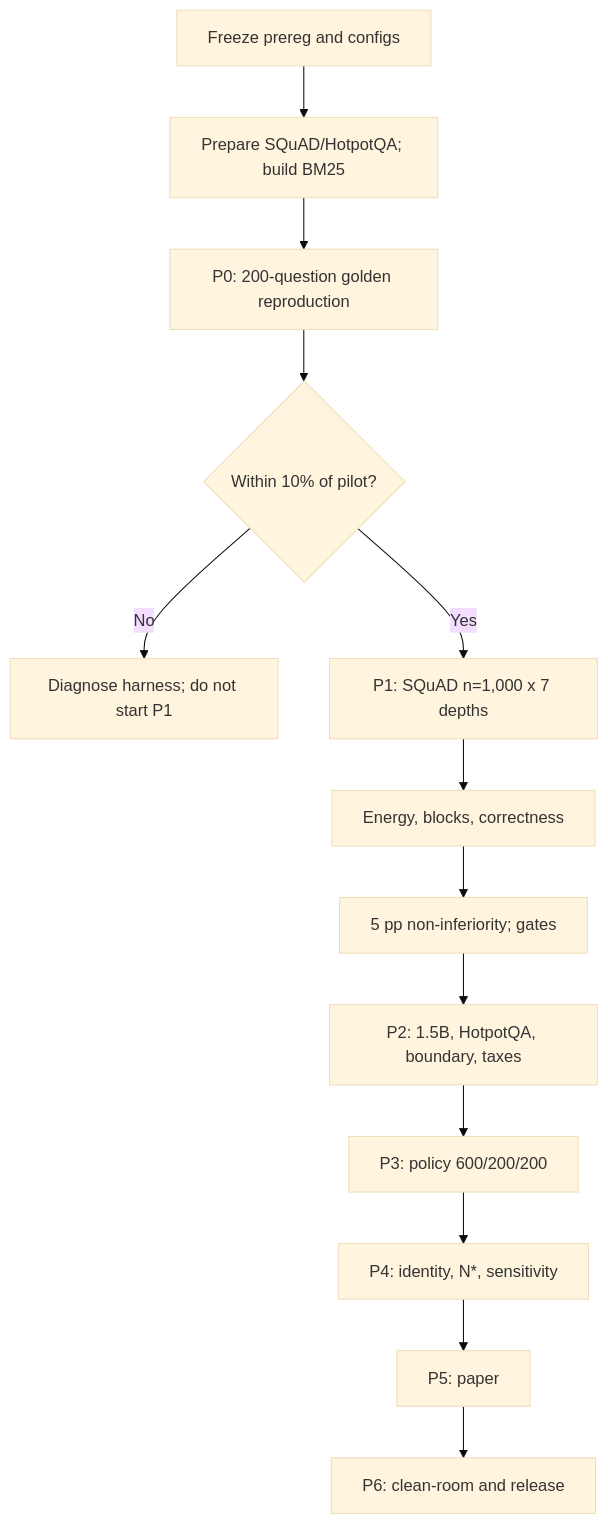
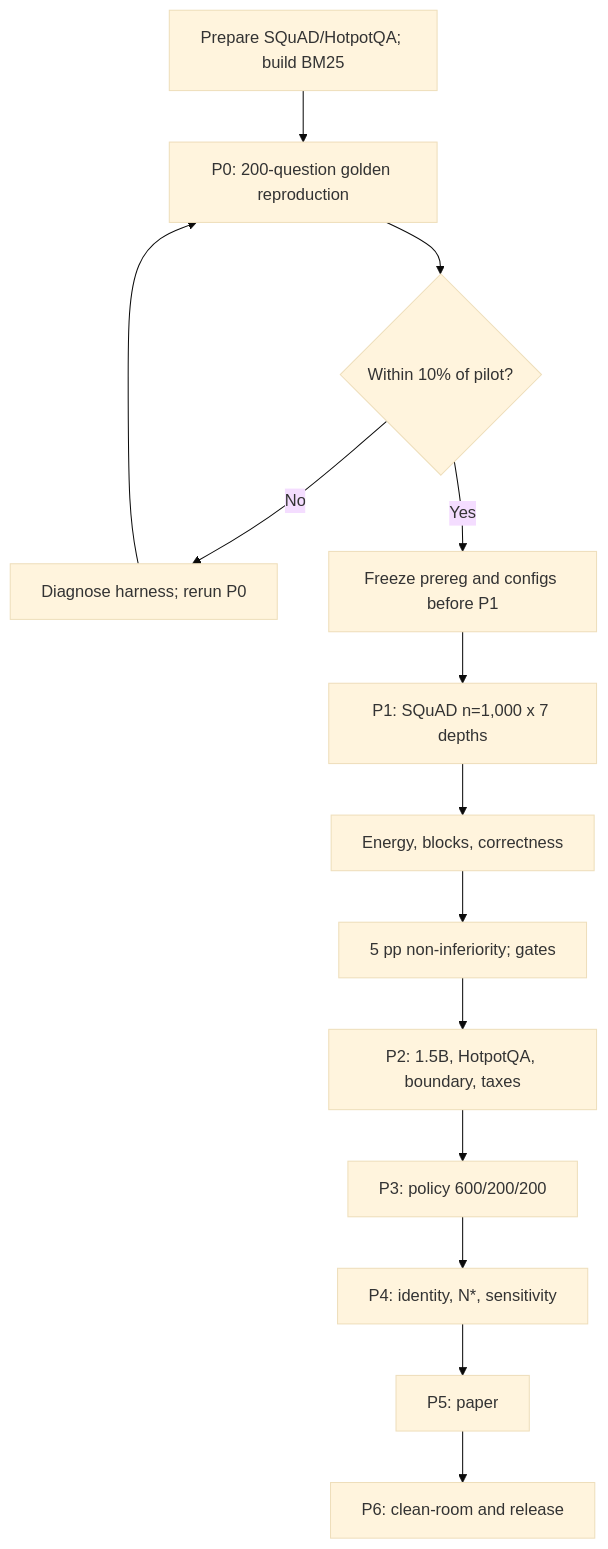
One commit to Atik203/energy-optimal-rag changed the diagram in docs/proposal.md. Above: the diagram before and after it, drawn with Mermaid (base theme). The commit also changed other lines of this file and 6 other files, not shown here.

First line of the commit message:
docs: strengthen literature review and study flow

````diff
--- a/docs/proposal.md
+++ b/docs/proposal.md
@@ -95,15 +97,16 @@
 ```mermaid
 flowchart TD
-    A[Freeze prereg and configs] --> B[Prepare SQuAD/HotpotQA; build BM25]
-    B --> C[P0: 200-question golden reproduction]
-    C --> D{Within 10% of pilot?}
-    D -- No --> C2[Diagnose harness; do not start P1]
-    D -- Yes --> E[P1: SQuAD n=1,000 x 7 depths]
+    A[Prepare SQuAD/HotpotQA; build BM25] --> B[P0: 200-question golden reproduction]
+    B --> C{Within 10% of pilot?}
+    C -- No --> B2[Diagnose harness; rerun P0]
+    B2 --> B
+    C -- Yes --> D[Freeze prereg and configs before P1]
+    D --> E[P1: SQuAD n=1,000 x 7 depths]
     E --> F[Energy, blocks, correctness]
     F --> G[5 pp non-inferiority; gates]
     G --> H[P2: 1.5B, HotpotQA, boundary, taxes]
     H --> I[P3: policy 600/200/200]
     I --> J[P4: identity, N*, sensitivity]
     J --> K[P5: paper]
     K --> L[P6: clean-room and release]
 ```
````
